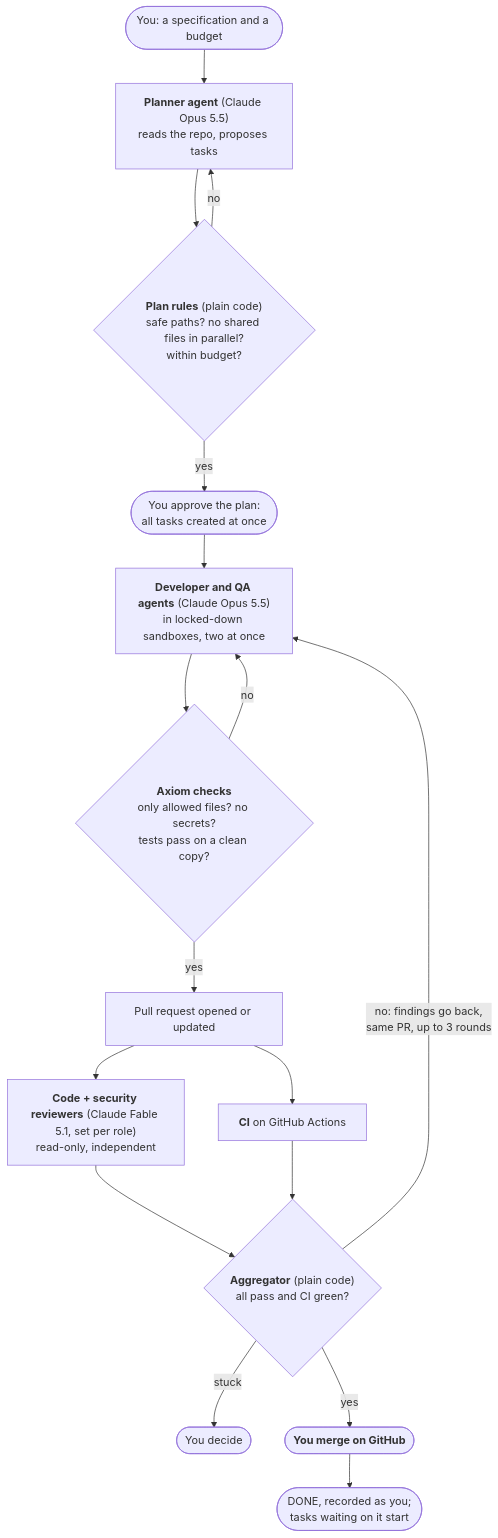
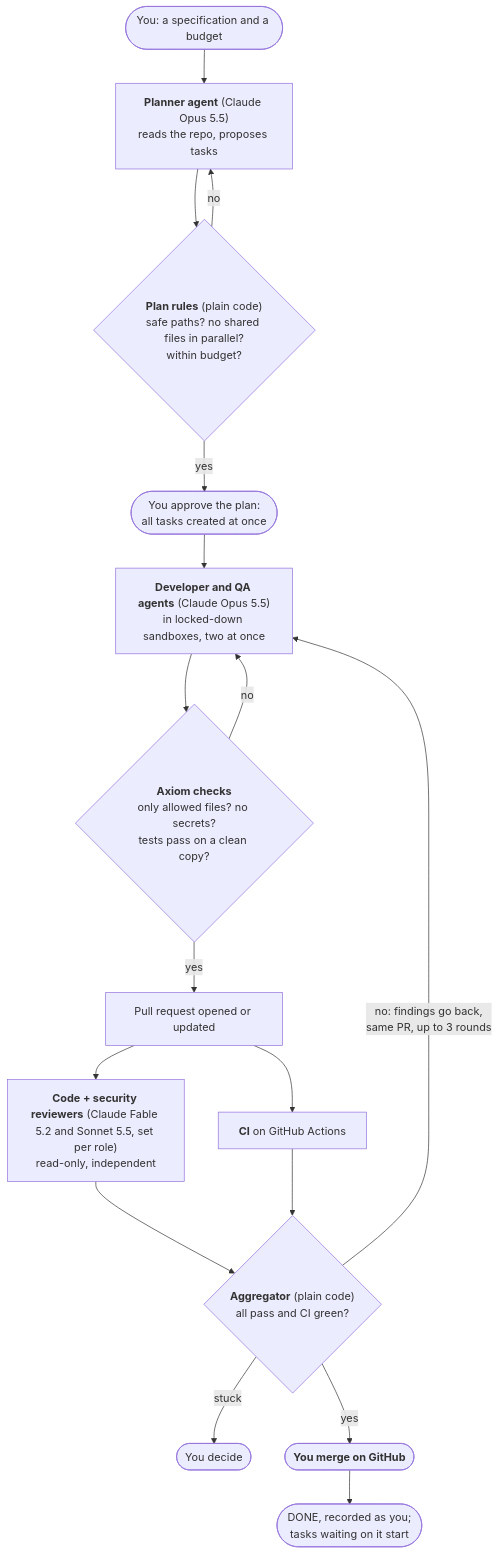
Before and after one commit to bharathcmbox/axiom: the first of 2 diagrams in README.md, drawn with Mermaid. The commit also changed 18 other files, not shown here.

First line of the commit message:
Phase 5 T1: Fable 5.2 for code review, Sonnet 5.5 for security review

````diff
--- a/README.md
+++ b/README.md
@@ -23,19 +23,19 @@
 ```mermaid
 flowchart TB
     spec(["You: a specification and a budget"]) --> plan["<b>Planner agent</b> (Claude Opus 5.5)<br/>reads the repo, proposes tasks"]
     plan --> rules{"<b>Plan rules</b> (plain code)<br/>safe paths? no shared files in parallel?<br/>within budget?"}
     rules -->|no| plan
     rules -->|yes| ok(["You approve the plan:<br/>all tasks created at once"])
     ok --> dev["<b>Developer and QA agents</b> (Claude Opus 5.5)<br/>in locked-down sandboxes, two at once"]
     dev --> chk{"<b>Axiom checks</b><br/>only allowed files? no secrets?<br/>tests pass on a clean copy?"}
     chk -->|no| dev
     chk -->|yes| pr["Pull request opened or updated"]
-    pr --> rev["<b>Code + security reviewers</b> (Claude Fable 5.1, set per role)<br/>read-only, independent"]
+    pr --> rev["<b>Code + security reviewers</b> (Claude Fable 5.2 and Sonnet 5.5, set per role)<br/>read-only, independent"]
     pr --> ci["<b>CI</b> on GitHub Actions"]
     rev --> agg{"<b>Aggregator</b> (plain code)<br/>all pass and CI green?"}
     ci --> agg
     agg -->|"no: findings go back,<br/>same PR, up to 3 rounds"| dev
     agg -->|"stuck"| you2(["You decide"])
     agg -->|yes| you(["<b>You merge on GitHub</b>"])
     you --> done(["DONE, recorded as you;<br/>tasks waiting on it start"])
 ```
````
